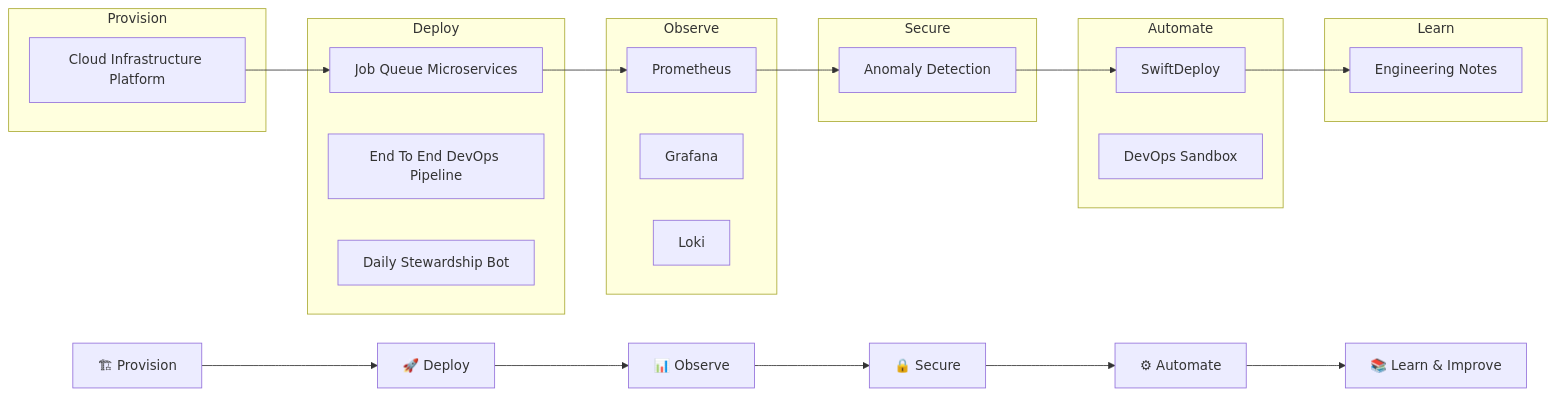
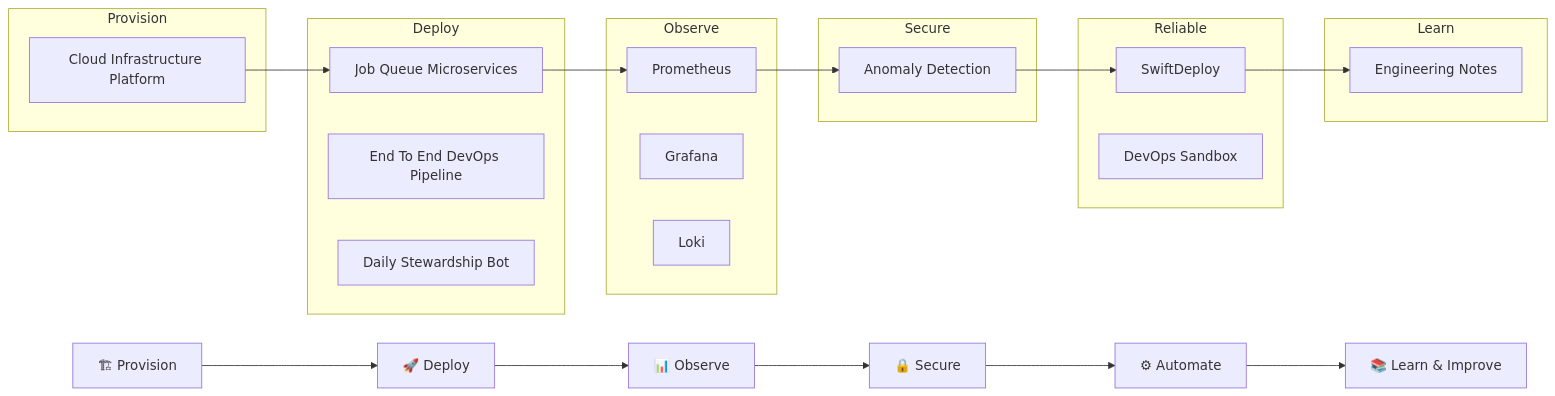
Before and after one commit to mosesekerin/mosesekerin: the diagram in README.md, drawn with Mermaid.

Commit message:
Update subgraph name in README
Renamed subgraph 'Automate' to 'Reliable' in README.

````diff
--- a/README.md
+++ b/README.md
@@ -71,52 +71,52 @@
 ```mermaid
 flowchart LR
 
     A["🏗 Provision"] --> B["🚀 Deploy"]
     B --> C["📊 Observe"]
     C --> D["🔒 Secure"]
     D --> E["⚙ Automate"]
     E --> F["📚 Learn & Improve"]
 
     subgraph Provision
         P1["Cloud Infrastructure Platform"]
     end
 
     subgraph Deploy
         P2["Job Queue Microservices"]
         P3["End To End DevOps Pipeline"]
         P4["Daily Stewardship Bot"]
     end
 
     subgraph Observe
         P5["Prometheus"]
         P6["Grafana"]
         P7["Loki"]
     end
 
     subgraph Secure
         P8["Anomaly Detection"]
     end
 
-    subgraph Automate
+    subgraph Reliable
         P9["SwiftDeploy"]
         P10["DevOps Sandbox"]
     end
 
     subgraph Learn
         P11["Engineering Notes"]
     end
 
     P1 --> P2
     P2 --> P5
     P5 --> P8
     P8 --> P9
     P9 --> P11
 
     click P1 "https://github.com/mosesekerin/hng-infrastructure" "Open Repository"
     click P2 "https://github.com/mosesekerin/job-queue-microservices" "Open Repository"
     click P3 "https://github.com/mosesekerin/End-to-End-DevOps-Pipeline-Evolution-" "Open Repository"
     click P4 "https://github.com/mosesekerin/daily-stewardship-bot" "Open Repository"
     click P8 "https://github.com/mosesekerin/Real-time-anomaly-detection-engine" "Open Repository"
     click P9 "https://github.com/mosesekerin/swiftdeploy" "Open Repository"
     click P10 "https://github.com/mosesekerin/DevOps-Sandbox" "Open Repository"
 ```
````
